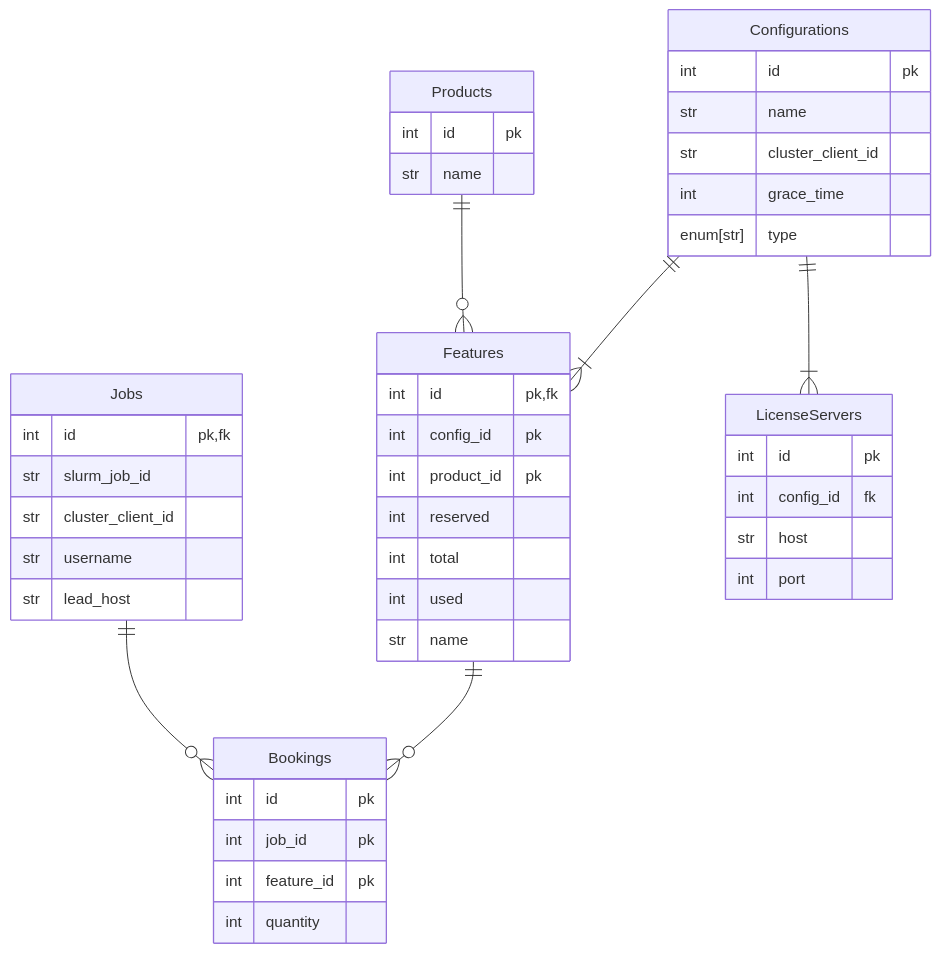
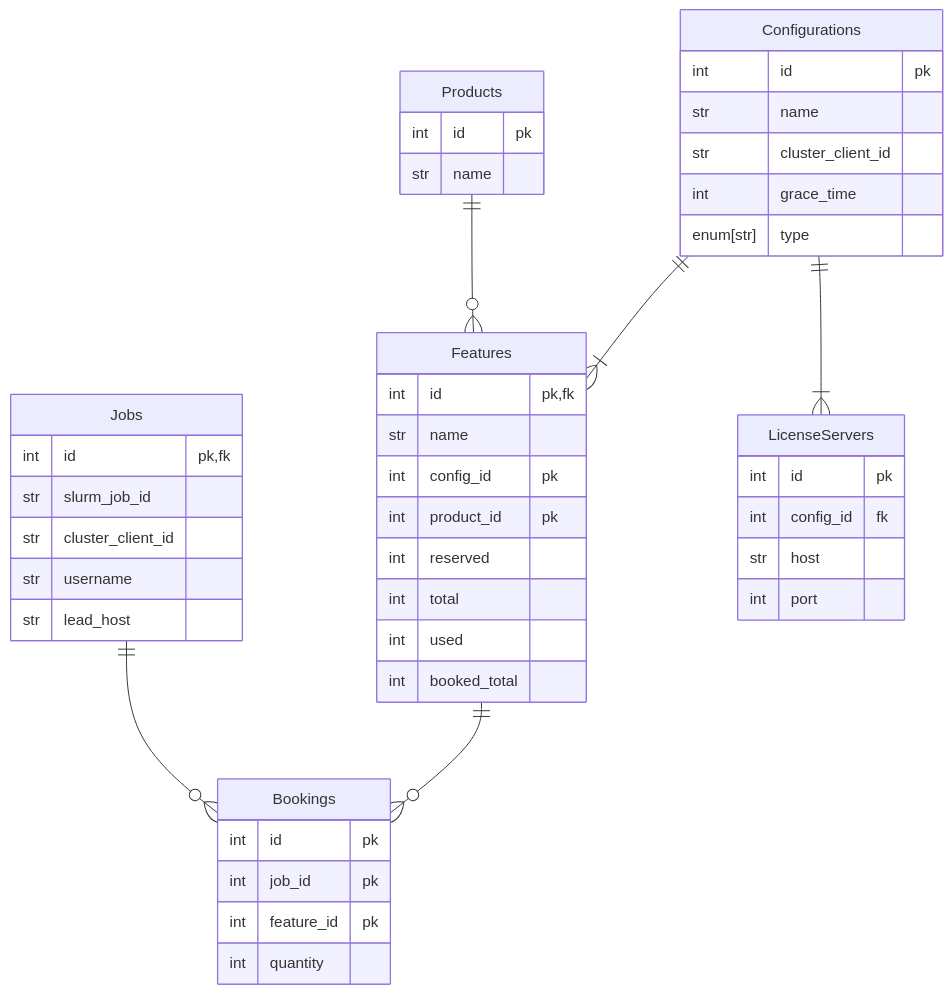
One commit to omnivector-solutions/license-manager changed the third of 3 diagrams in docs/src/architecture.md. Above: the diagram before and after it, drawn with Mermaid. The commit also changed other lines of this file, not shown here.

Commit message:
ASP-5608 Update architecture.md

````diff
--- a/docs/src/architecture.md
+++ b/docs/src/architecture.md
@@ -51,47 +176,48 @@
 ``` mermaid
     erDiagram
         Bookings {
             int id pk
             int job_id pk
             int feature_id pk
             int quantity
         }
         Features {
             int id pk,fk
+            str name
             int config_id pk
             int product_id pk
             int reserved
             int total
             int used
-            str name 
+            int booked_total
         }
         Products {
             int id pk
             str name
         }
         Jobs {
             int id pk, fk
             str slurm_job_id
             str cluster_client_id
             str username
             str lead_host
         }
         Configurations {
             int id pk
             str name
             str cluster_client_id
             int grace_time
             enum[str] type
         }
         LicenseServers {
             int id pk
             int config_id fk
             str host
             int port
         }
         Jobs ||--o{ Bookings : ""
         Features ||--o{ Bookings : ""
         Products ||--o{ Features : ""
         Configurations ||--|{ Features : ""
         Configurations ||--|{ LicenseServers : ""
 ```
````
